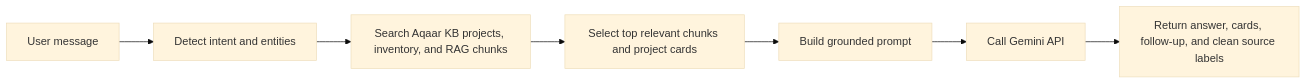
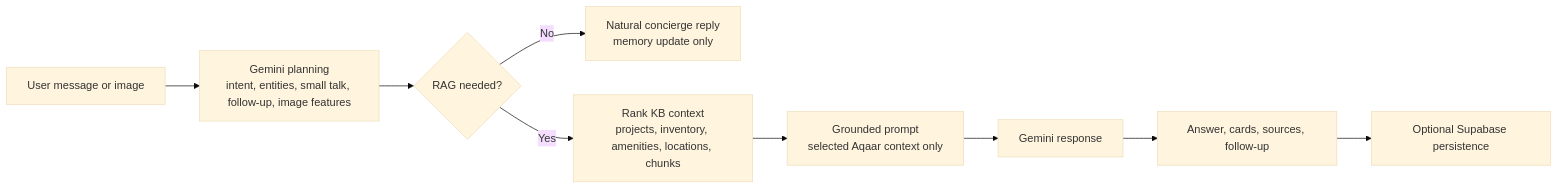
Before and after one commit to shirlz15/aqaar-ai-concierge: the second of 2 diagrams in README.md, drawn with Mermaid (base theme). The commit also changed other lines of this file and 6 other files, not shown here.

Commit message:
Add production Supabase concierge persistence

````diff
--- a/README.md
+++ b/README.md
@@ -217,9 +232,11 @@
 ```mermaid
 flowchart LR
-    MSG["User message"] --> INTENT["Detect intent and entities"]
-    INTENT --> RET["Search Aqaar KB projects, inventory, and RAG chunks"]
-    RET --> TOP["Select top relevant chunks and project cards"]
-    TOP --> PROMPT["Build grounded prompt"]
-    PROMPT --> GEM["Call Gemini API"]
-    GEM --> RESP["Return answer, cards, follow-up, and clean source labels"]
+    MSG["User message or image"] --> PLAN["Gemini planning<br/>intent, entities, small talk, follow-up, image features"]
+    PLAN --> DECIDE{"RAG needed?"}
+    DECIDE -->|"No"| TALK["Natural concierge reply<br/>memory update only"]
+    DECIDE -->|"Yes"| RET["Rank KB context<br/>projects, inventory, amenities, locations, chunks"]
+    RET --> PROMPT["Grounded prompt<br/>selected Aqaar context only"]
+    PROMPT --> GEM["Gemini response"]
+    GEM --> RESP["Answer, cards, sources, follow-up"]
+    RESP --> STORE["Optional Supabase persistence"]
 ```
````
